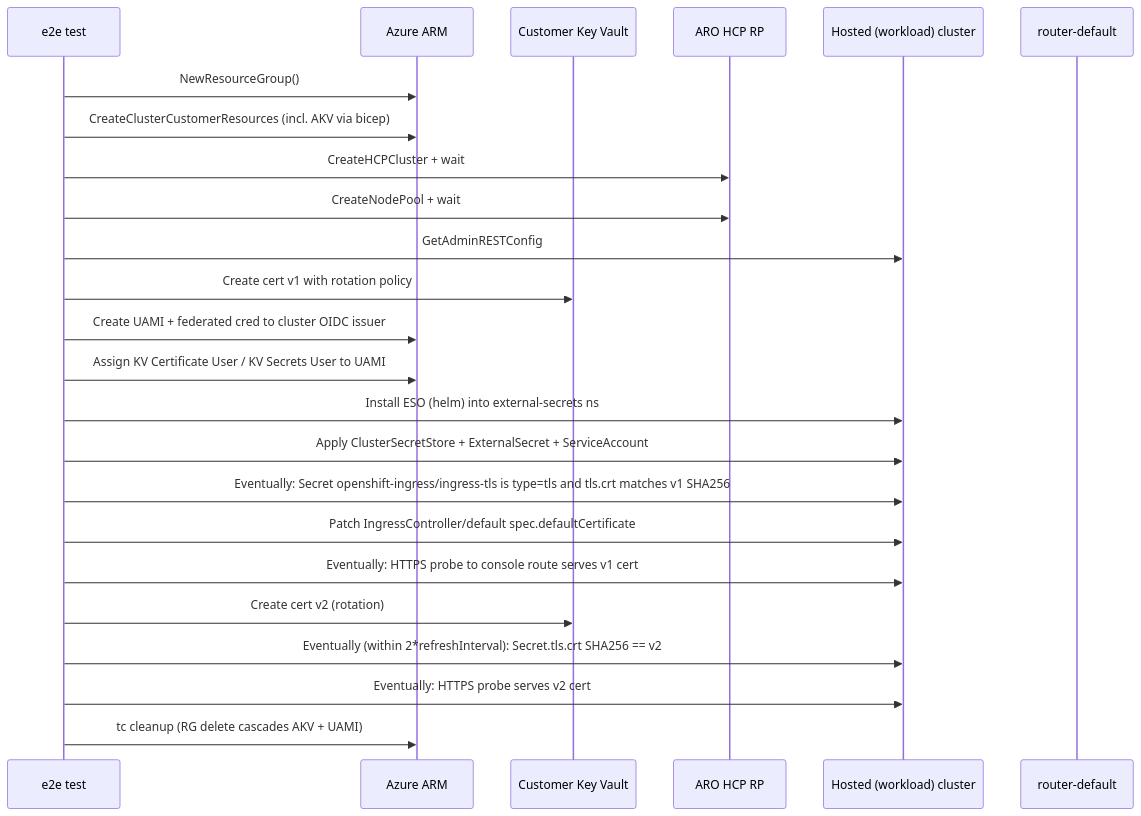
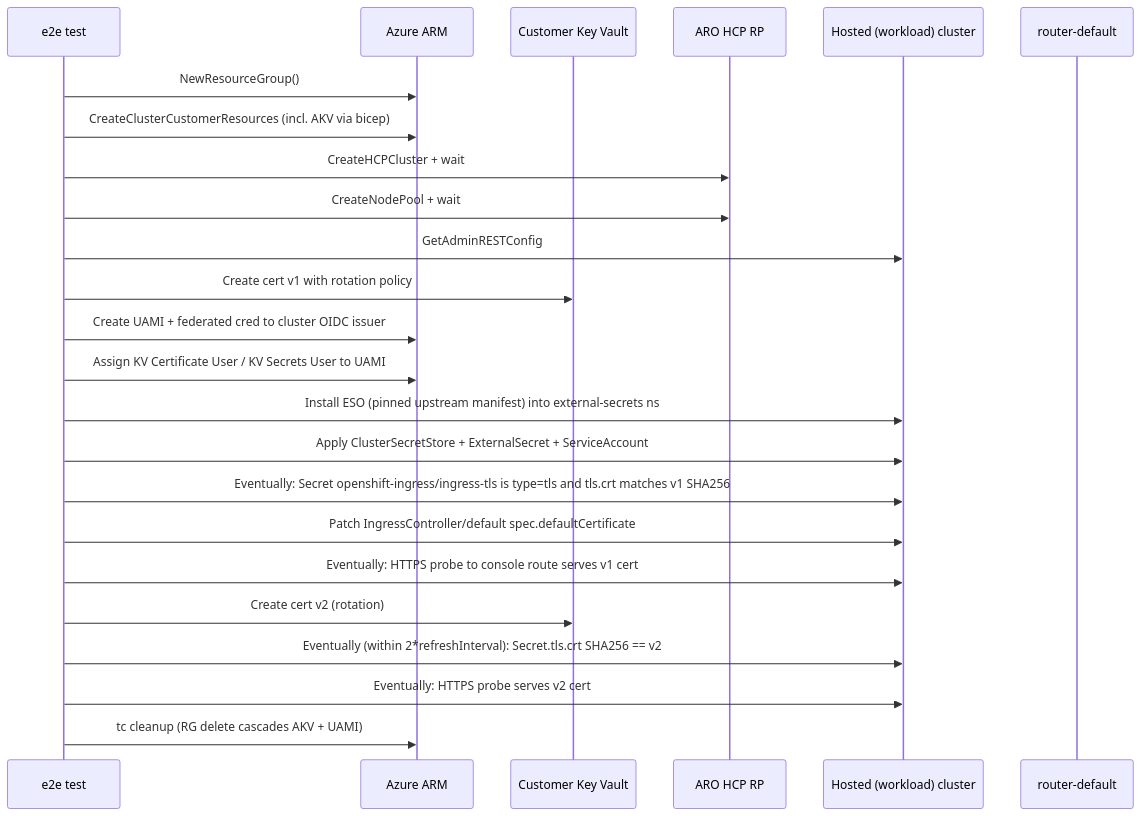
One commit to Azure/ARO-HCP changed the diagram in docs/ingress-certificates/e2e-test-plan.md. Above: the diagram before and after it, drawn with Mermaid. The commit also changed other lines of this file and 2 other files, not shown here.

Commit message:
test/e2e: implement AKV-sourced ingress serving cert E2E test

````diff
--- a/docs/ingress-certificates/e2e-test-plan.md
+++ b/docs/ingress-certificates/e2e-test-plan.md
@@ -28,27 +26,27 @@
 ```mermaid
 sequenceDiagram
     participant Test as e2e test
     participant ARM as Azure ARM
     participant AKV as Customer Key Vault
     participant RP as ARO HCP RP
     participant HC as Hosted (workload) cluster
     participant Router as router-default
 
     Test->>ARM: NewResourceGroup()
     Test->>ARM: CreateClusterCustomerResources (incl. AKV via bicep)
     Test->>RP: CreateHCPCluster + wait
     Test->>RP: CreateNodePool + wait
     Test->>HC: GetAdminRESTConfig
     Test->>AKV: Create cert v1 with rotation policy
     Test->>ARM: Create UAMI + federated cred to cluster OIDC issuer
     Test->>ARM: Assign KV Certificate User / KV Secrets User to UAMI
-    Test->>HC: Install ESO (helm) into external-secrets ns
+    Test->>HC: Install ESO (pinned upstream manifest) into external-secrets ns
     Test->>HC: Apply ClusterSecretStore + ExternalSecret + ServiceAccount
     Test->>HC: Eventually: Secret openshift-ingress/ingress-tls is type=tls and tls.crt matches v1 SHA256
     Test->>HC: Patch IngressController/default spec.defaultCertificate
     Test->>HC: Eventually: HTTPS probe to console route serves v1 cert
     Test->>AKV: Create cert v2 (rotation)
     Test->>HC: Eventually (within 2*refreshInterval): Secret.tls.crt SHA256 == v2
     Test->>HC: Eventually: HTTPS probe serves v2 cert
     Test->>ARM: tc cleanup (RG delete cascades AKV + UAMI)
 ```
````
